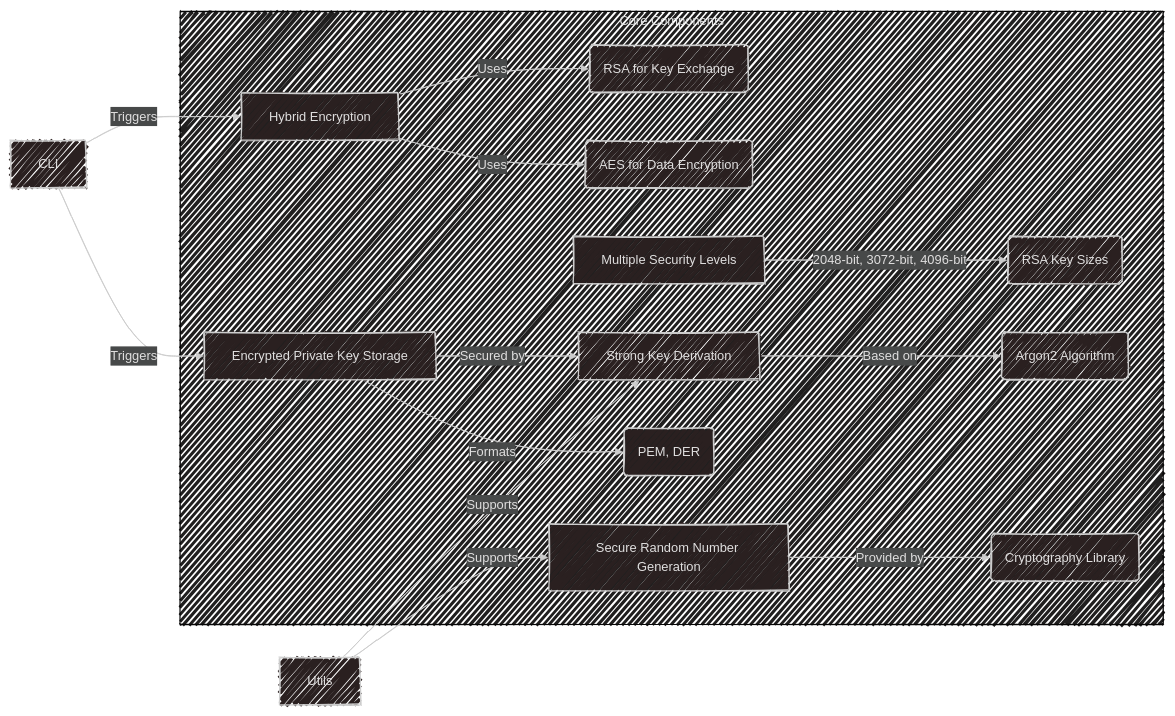
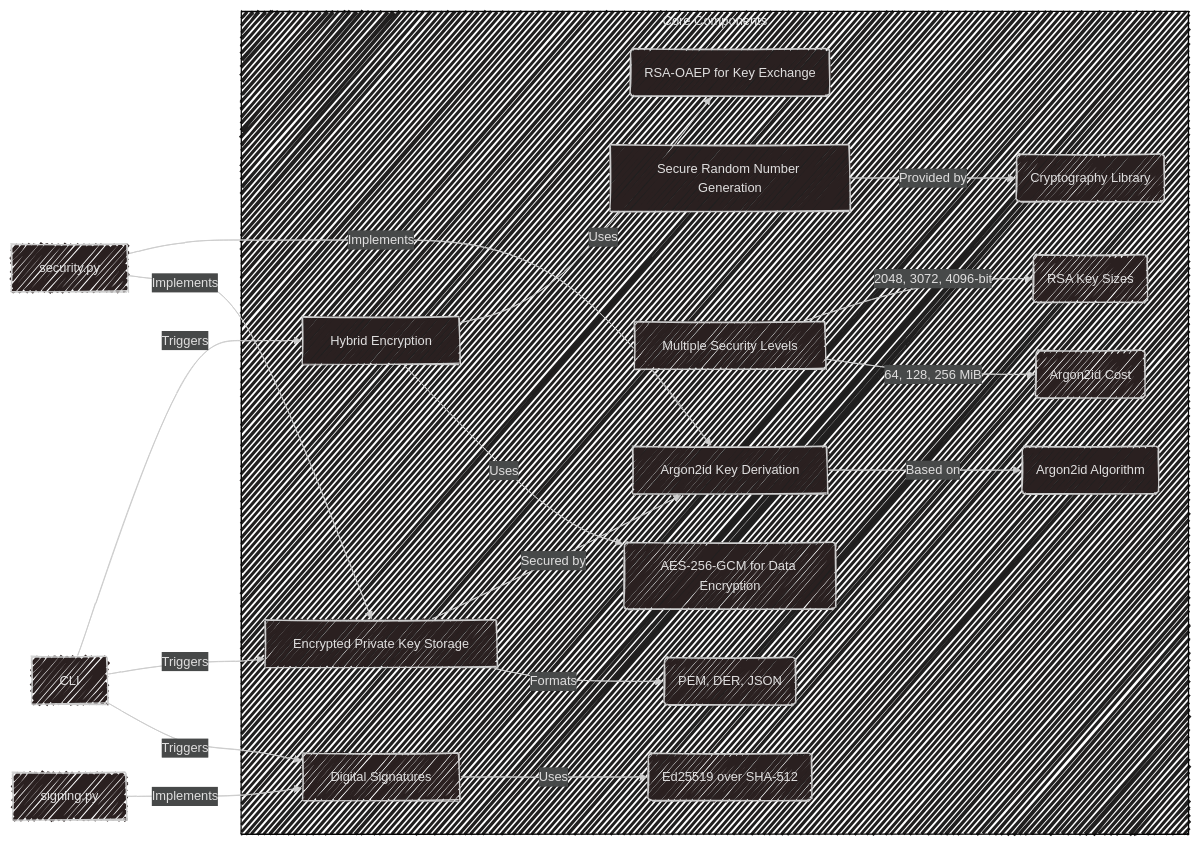
The diagram in README.md (Division-of-Cyber-Anarchy/NyxCrypta), drawn with Mermaid before and after one commit. The commit also changed other lines of this file and 10 other files, not shown here.

````diff
--- a/README.md
+++ b/README.md
@@ -273,29 +348,34 @@
 ```mermaid
 ---
 config:
   layout: fixed
   theme: neo-dark
   look: handDrawn
 ---
 graph LR
     A[Hybrid Encryption]
-    B[Strong Key Derivation]
+    B[Argon2id Key Derivation]
     C[Secure Random Number Generation]
     D[Multiple Security Levels]
     E[Encrypted Private Key Storage]
+    S[Digital Signatures]
 
     subgraph "Core Components"
-        A -->|Uses| F(RSA for Key Exchange)
-        A -->|Uses| G(AES for Data Encryption)
-        B -->|Based on| H(Argon2 Algorithm)
+        A -->|Uses| F(RSA-OAEP for Key Exchange)
+        A -->|Uses| G(AES-256-GCM for Data Encryption)
+        B -->|Based on| H(Argon2id Algorithm)
         C -->|Provided by| I(Cryptography Library)
-        D -->|2048-bit, 3072-bit, 4096-bit| J(RSA Key Sizes)
+        D -->|2048, 3072, 4096-bit| J(RSA Key Sizes)
+        D -->|64, 128, 256 MiB| M(Argon2id Cost)
         E -->|Secured by| B
-        E -->|Formats| K(PEM, DER)
+        E -->|Formats| K(PEM, DER, JSON)
+        S -->|Uses| N(Ed25519 over SHA-512)
     end
 
     CLI -->|Triggers| A
     CLI -->|Triggers| E
-    Utils -->|Supports| B
-    Utils -->|Supports| C
+    CLI -->|Triggers| S
+    security.py -->|Implements| B
+    security.py -->|Implements| E
+    signing.py -->|Implements| S
 ```
````
